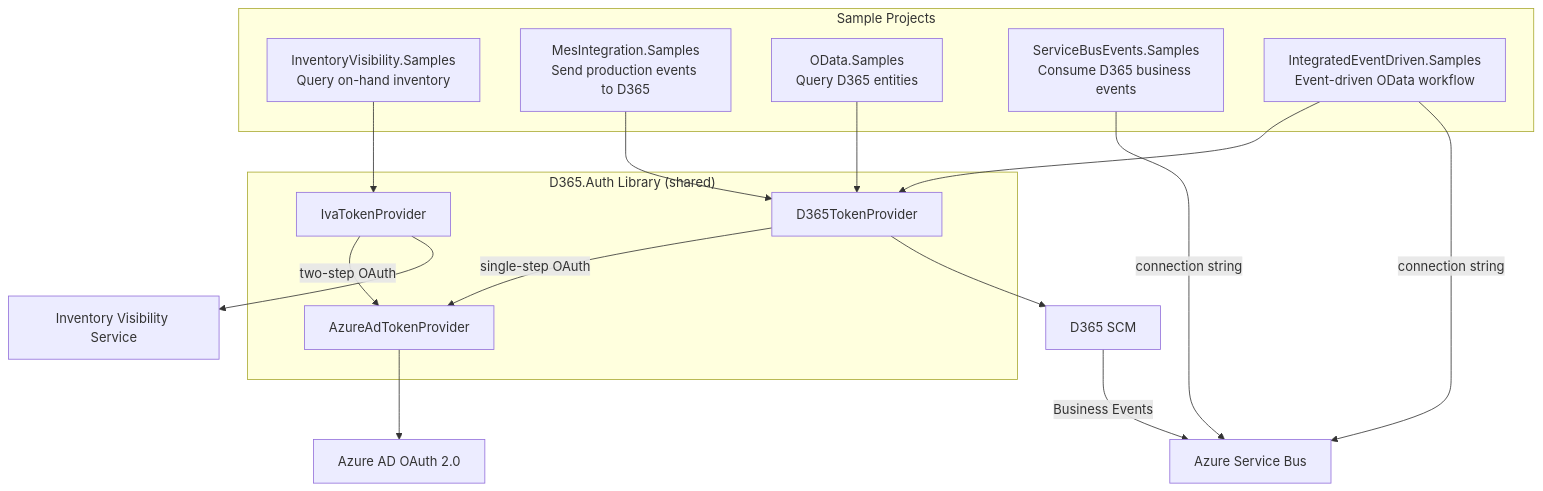
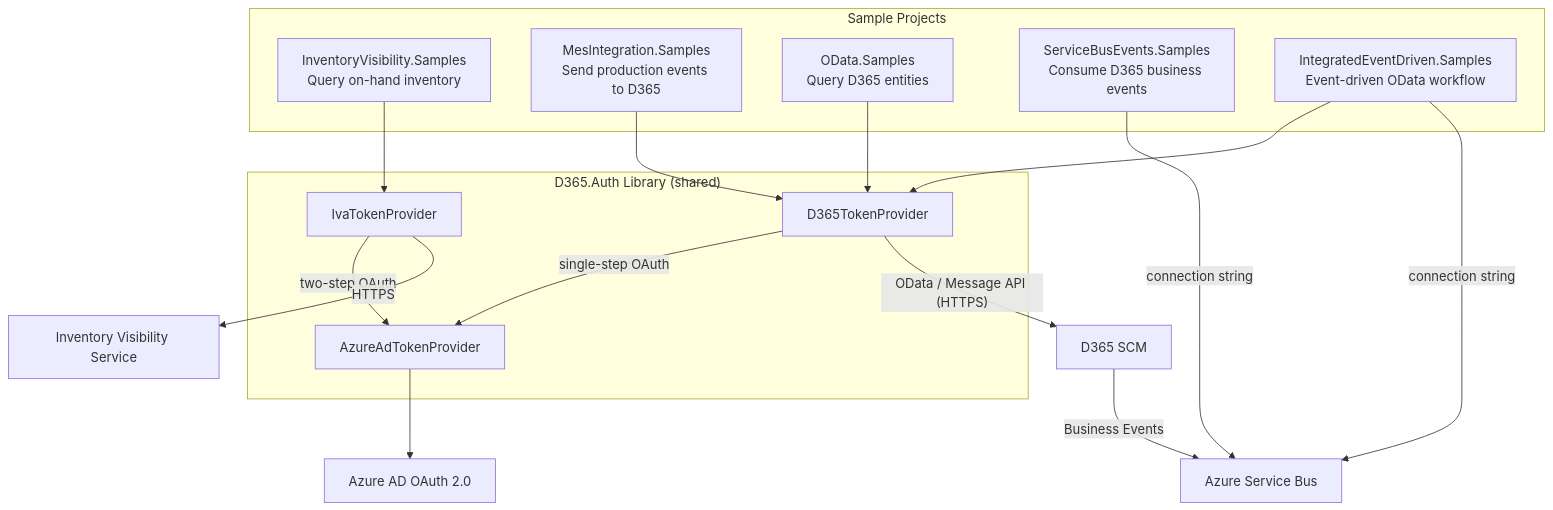
Before and after one commit to tempur-intl/d365MES-examples: the first of 12 diagrams in ARCHITECTURE.md, drawn with Mermaid.

Commit message:
Label D365 SCM and IVA edges in high-level diagram

````diff
--- a/ARCHITECTURE.md
+++ b/ARCHITECTURE.md
@@ -7,30 +7,30 @@
 ```mermaid
 graph TD
     subgraph Samples["Sample Projects"]
         IVA["InventoryVisibility.Samples\nQuery on-hand inventory"]
         MES["MesIntegration.Samples\nSend production events to D365"]
         OD["OData.Samples\nQuery D365 entities"]
         SBE["ServiceBusEvents.Samples\nConsume D365 business events"]
         INT["IntegratedEventDriven.Samples\nEvent-driven OData workflow"]
     end
 
     subgraph AuthLib["D365.Auth Library (shared)"]
         AAD[AzureAdTokenProvider]
         ITP[IvaTokenProvider]
         DTP[D365TokenProvider]
         ITP -->|"two-step OAuth"| AAD
         DTP -->|"single-step OAuth"| AAD
     end
 
     IVA --> ITP
     MES --> DTP
     OD --> DTP
     INT --> DTP
 
     AAD --> AzureAD["Azure AD OAuth 2.0"]
-    ITP --> IVASvc["Inventory Visibility Service"]
-    DTP --> D365["D365 SCM"]
+    ITP -->|"HTTPS"| IVASvc["Inventory Visibility Service"]
+    DTP -->|"OData / Message API (HTTPS)"| D365["D365 SCM"]
     SBE -->|"connection string"| SB["Azure Service Bus"]
     INT -->|"connection string"| SB
     D365 -->|"Business Events"| SB
 ```
````
